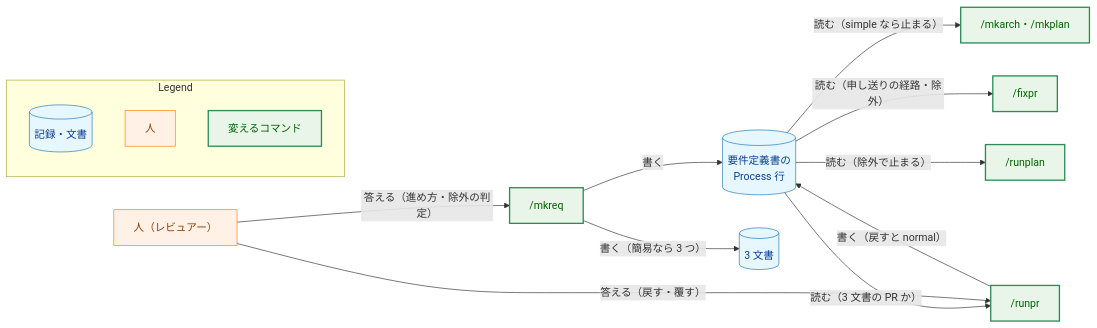
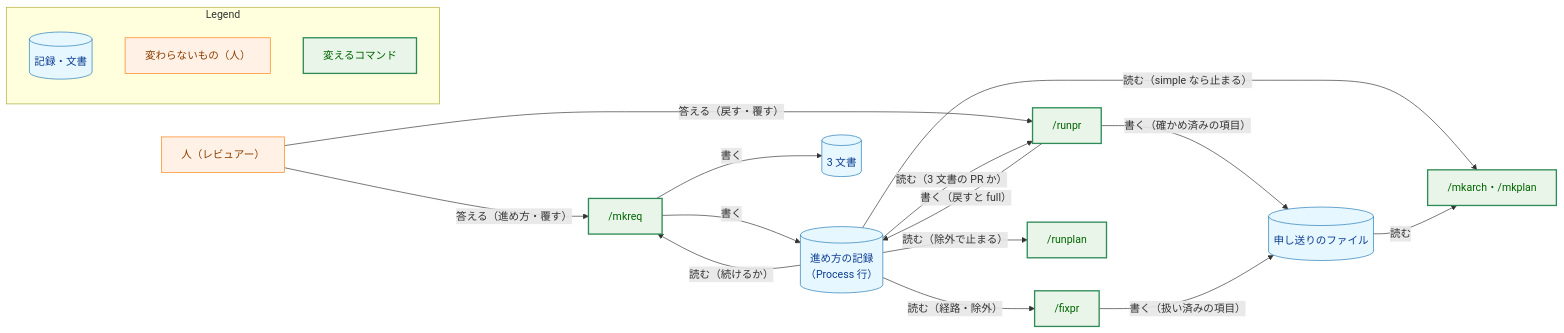
Before and after one commit to isseis/yt2column: the first of 7 diagrams in docs/tasks/0072_simple_task_documents/02_architecture.md, drawn with Mermaid. The commit also changed other lines of this file and 1 other file, not shown here.

First line of the commit message:
docs(0072): address the design review of the simplified task-document flow

````diff
--- a/docs/tasks/0072_simple_task_documents/02_architecture.md
+++ b/docs/tasks/0072_simple_task_documents/02_architecture.md
@@ -92,38 +101,43 @@
 ```mermaid
 flowchart LR
     classDef data fill:#e6f7ff,stroke:#1f77b4,stroke-width:1px,color:#0b3d91;
     classDef process fill:#fff1e6,stroke:#ff7f0e,stroke-width:1px,color:#8a3e00;
     classDef enhanced fill:#e8f5e8,stroke:#2e8b57,stroke-width:2px,color:#006400;
 
     HUMAN["人（レビュアー）"]
     MKREQ["/mkreq"]
-    REC[("要件定義書の<br>Process 行")]
+    REC[("進め方の記録<br>（Process 行）")]
     DOCS[("3 文書")]
+    HAND[("申し送りのファイル")]
     MKARCH["/mkarch・/mkplan"]
     RUNPR["/runpr"]
     FIXPR["/fixpr"]
     RUNPLAN["/runplan"]
 
-    HUMAN -->|"答える（進め方・除外の判定）"| MKREQ
+    HUMAN -->|"答える（進め方・覆す）"| MKREQ
+    HUMAN -->|"答える（戻す・覆す）"| RUNPR
     MKREQ -->|"書く"| REC
-    MKREQ -->|"書く（簡易なら 3 つ）"| DOCS
+    MKREQ -->|"書く"| DOCS
+    RUNPR -->|"書く（戻すと full）"| REC
+    RUNPR -->|"書く（確かめ済みの項目）"| HAND
+    FIXPR -->|"書く（扱い済みの項目）"| HAND
+    REC -->|"読む（続けるか）"| MKREQ
     REC -->|"読む（simple なら止まる）"| MKARCH
     REC -->|"読む（3 文書の PR か）"| RUNPR
-    REC -->|"読む（申し送りの経路・除外）"| FIXPR
+    REC -->|"読む（経路・除外）"| FIXPR
     REC -->|"読む（除外で止まる）"| RUNPLAN
-    HUMAN -->|"答える（戻す・覆す）"| RUNPR
-    RUNPR -->|"書く（戻すと normal）"| REC
+    HAND -->|"読む"| MKARCH
 
-    class REC,DOCS data
+    class REC,DOCS,HAND data
     class HUMAN process
     class MKREQ,MKARCH,RUNPR,FIXPR,RUNPLAN enhanced
 
     subgraph Legend["Legend"]
         L1[("記録・文書")]
-        L2["人"]
+        L2["変わらないもの（人）"]
         L3["変えるコマンド"]
     end
     class L1 data
     class L2 process
     class L3 enhanced
 ```
````
